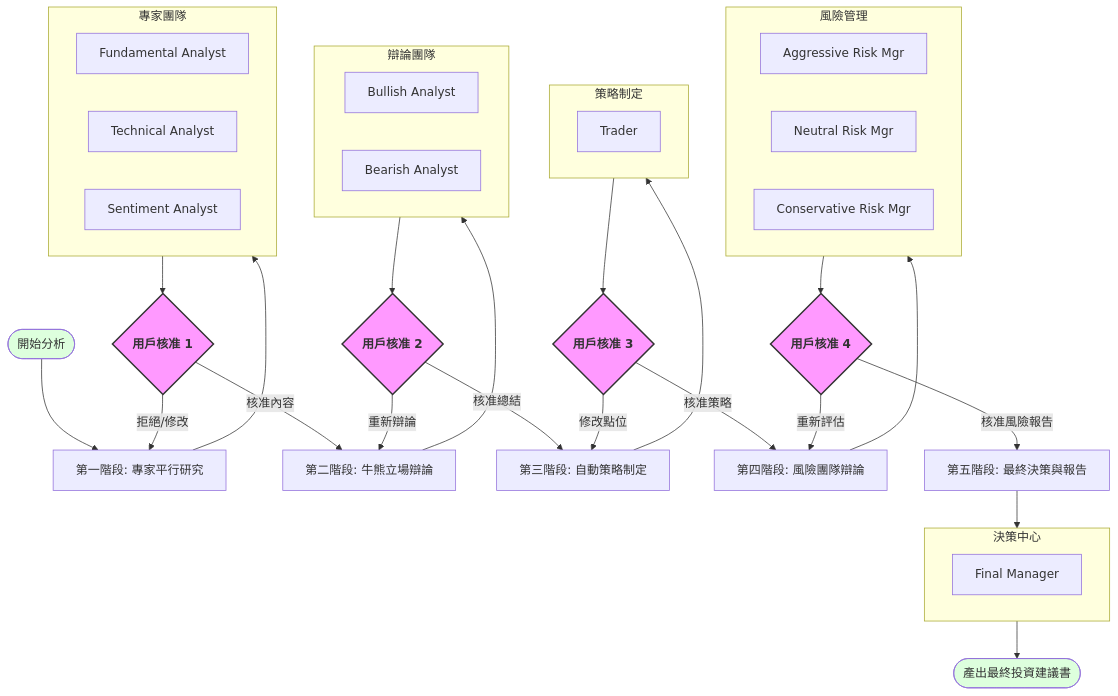
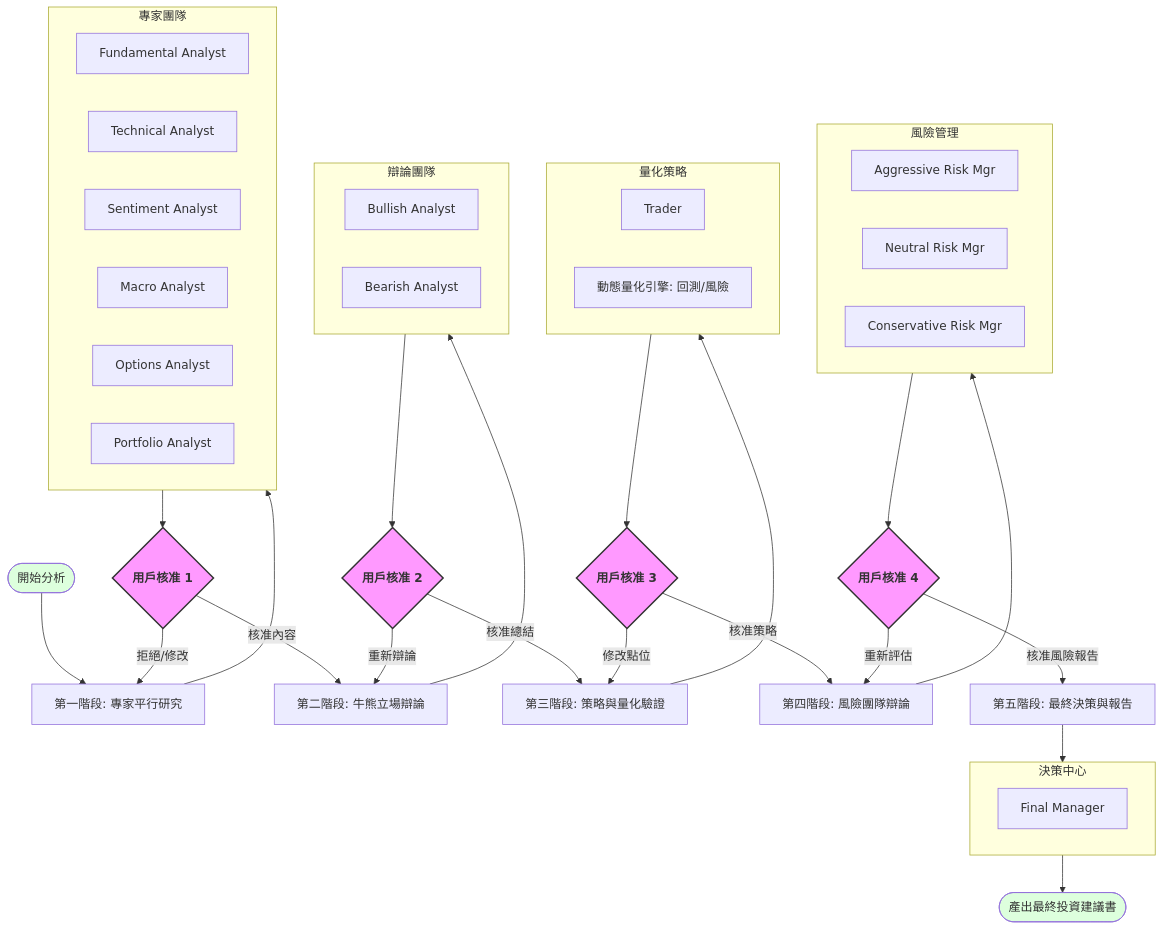
One commit to jeffreychuuu/stock_analysis_agentic_agents changed the diagram in README.zh-TW.md. Above: the diagram before and after it, drawn with Mermaid. The commit also changed other lines of this file, not shown here.

First line of the commit message:
docs: update Traditional Chinese README to match Zero-Code architecture

````diff
--- a/README.zh-TW.md
+++ b/README.zh-TW.md
@@ -12,63 +12,67 @@
 ```mermaid
 graph TD
     Start([開始分析]) --> Phase1[第一階段: 專家平行研究]
 
     subgraph P1 [專家團隊]
         FA[Fundamental Analyst]
         TA[Technical Analyst]
         SA[Sentiment Analyst]
+        MA[Macro Analyst]
+        OA[Options Analyst]
+        PA[Portfolio Analyst]
     end
 
     Phase1 --> P1
     P1 --> User1{<b>用戶核准 1</b>}
 
     User1 -- 拒絕/修改 --> Phase1
     User1 -- 核准內容 --> Phase2[第二階段: 牛熊立場辯論]
 
     subgraph P2 [辯論團隊]
         Bull[Bullish Analyst]
         Bear[Bearish Analyst]
     end
 
     Phase2 --> P2
     P2 --> User2{<b>用戶核准 2</b>}
 
     User2 -- 重新辯論 --> Phase2
-    User2 -- 核准總結 --> Phase3[第三階段: 自動策略制定]
+    User2 -- 核准總結 --> Phase3[第三階段: 策略與量化驗證]
 
-    subgraph P3 [策略制定]
+    subgraph P3 [量化策略]
         Trader[Trader]
+        QE[動態量化引擎: 回測/風險]
     end
 
     Phase3 --> P3
     P3 --> User3{<b>用戶核准 3</b>}
 
     User3 -- 修改點位 --> Phase3
     User3 -- 核准策略 --> Phase4[第四階段: 風險團隊辯論]
 
     subgraph P4 [風險管理]
         ARM[Aggressive Risk Mgr]
         NRM[Neutral Risk Mgr]
         CRM[Conservative Risk Mgr]
     end
 
     Phase4 --> P4
     P4 --> User4{<b>用戶核准 4</b>}
 
     User4 -- 重新評估 --> Phase4
     User4 -- 核准風險報告 --> Phase5[第五階段: 最終決策與報告]
 
     subgraph P5 [決策中心]
         FM[Final Manager]
     end
 
     Phase5 --> P5
     P5 --> Output([產出最終投資建議書])
 
     style User1 fill:#f9f,stroke:#333,stroke-width:2px
     style User2 fill:#f9f,stroke:#333,stroke-width:2px
     style User3 fill:#f9f,stroke:#333,stroke-width:2px
     style User4 fill:#f9f,stroke:#333,stroke-width:2px
     style Start fill:#dfd
     style Output fill:#dfd
 ```
````
